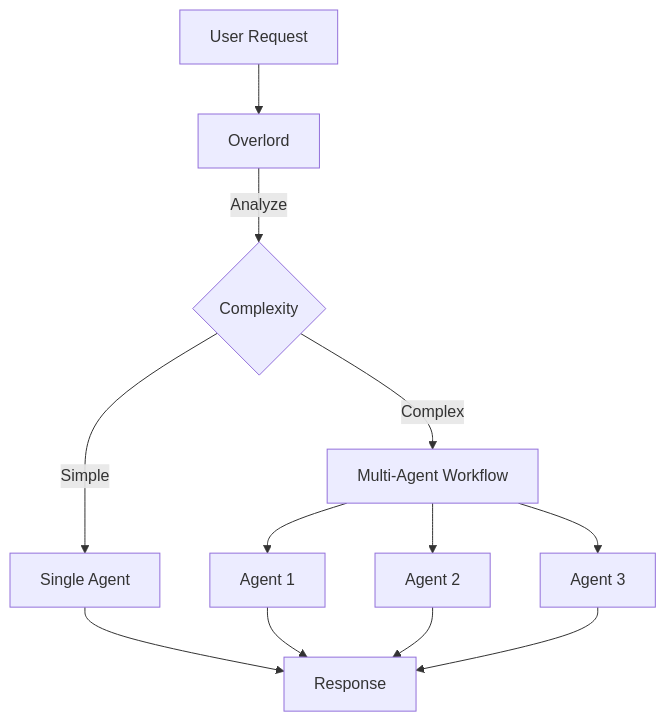
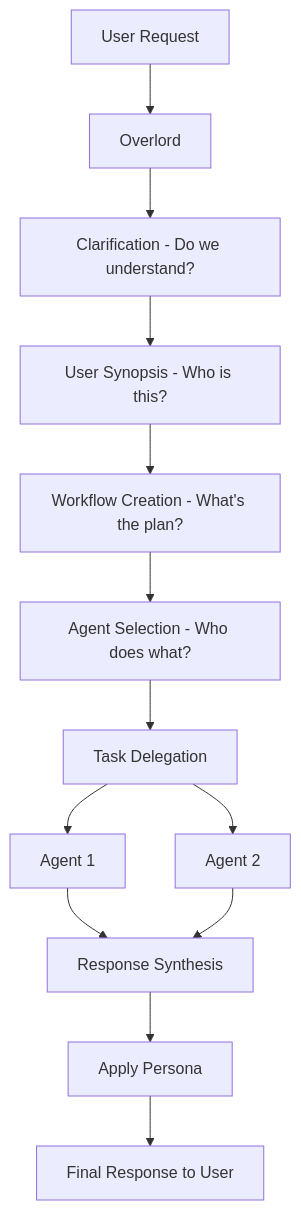
One commit to muxi-ai/muxi changed the diagram in docs/concepts/overlord.md. Above: the diagram before and after it, drawn with Mermaid. The commit also changed other lines of this file and 7 other files, not shown here.

````diff
--- a/docs/concepts/overlord.md
+++ b/docs/concepts/overlord.md
@@ -15,14 +15,15 @@
 ```mermaid
 graph TD
     U[User Request] --> O[Overlord]
-    O -->|Analyze| C{Complexity}
-    C -->|Simple| A1[Single Agent]
-    C -->|Complex| W[Multi-Agent Workflow]
-    W --> A2[Agent 1]
-    W --> A3[Agent 2]
-    W --> A4[Agent 3]
-    A1 --> R[Response]
-    A2 --> R
-    A3 --> R
-    A4 --> R
+    O --> C[Clarification - Do we understand?]
+    C --> S[User Synopsis - Who is this?]
+    S --> W[Workflow Creation - What's the plan?]
+    W --> A[Agent Selection - Who does what?]
+    A --> T[Task Delegation]
+    T --> AG1[Agent 1]
+    T --> AG2[Agent 2]
+    AG1 --> R[Response Synthesis]
+    AG2 --> R
+    R --> P[Apply Persona]
+    P --> U2[Final Response to User]
 ```
````
